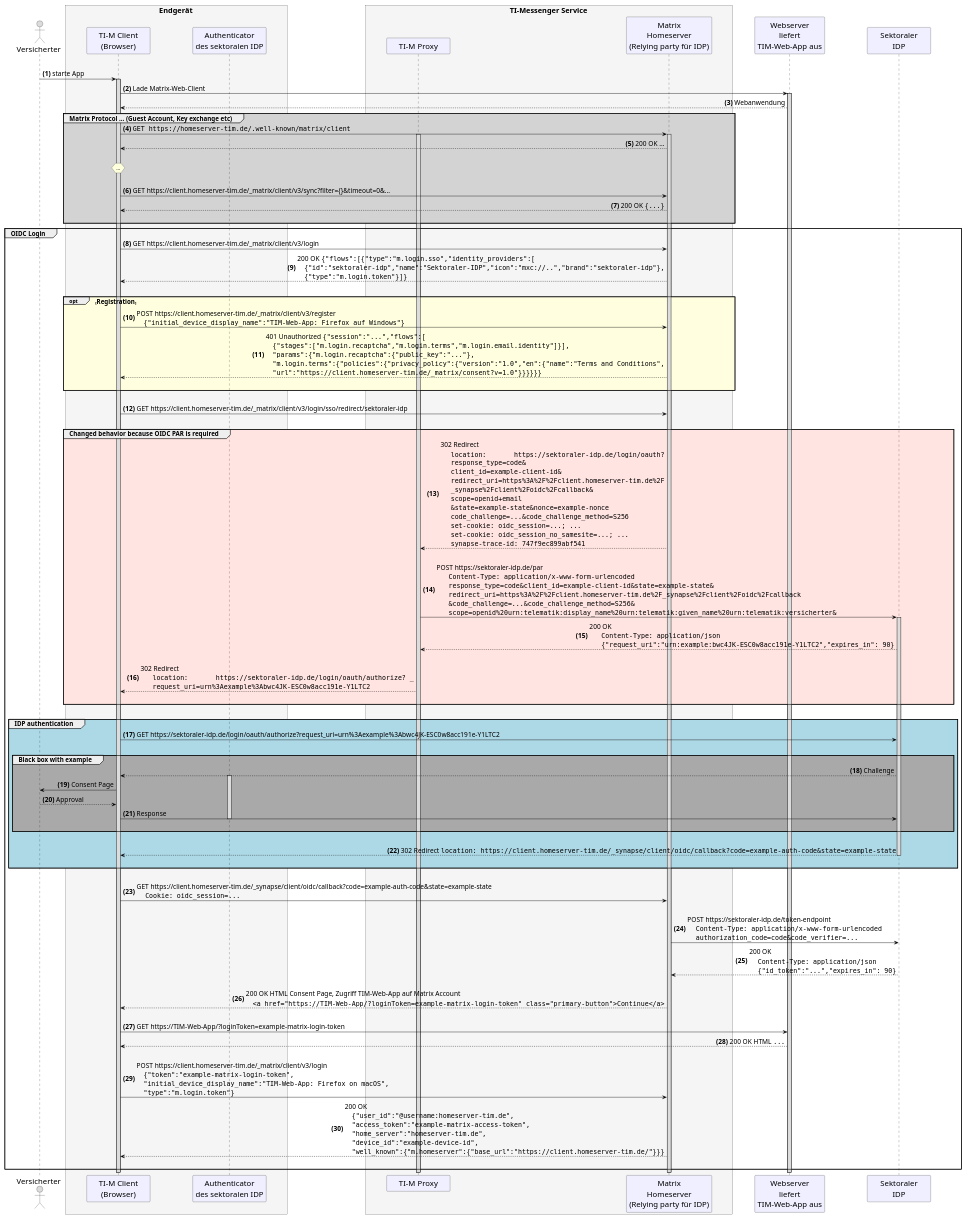
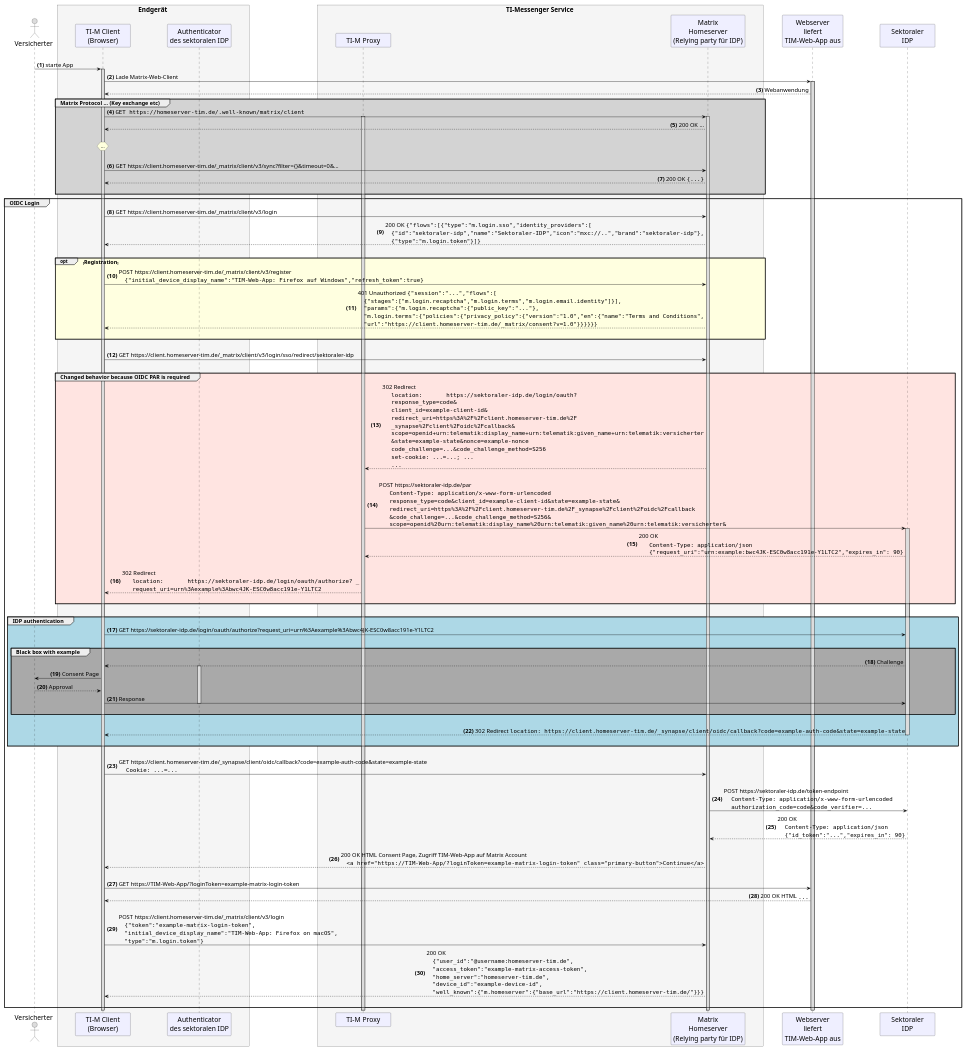
One commit to gematik/api-ti-messenger changed the diagram in src/plantuml/TI-Messenger-Dienst/Ressourcen/TI-Messenger_OIDC_login.puml. Above: the diagram before and after it, drawn with PlantUML.

```diff
--- a/src/plantuml/TI-Messenger-Dienst/Ressourcen/TI-Messenger_OIDC_login.puml
+++ b/src/plantuml/TI-Messenger-Dienst/Ressourcen/TI-Messenger_OIDC_login.puml
@@ -1,159 +1,158 @@
 @startuml "TI-Messenger_OIDC_Login"
 skinparam sequenceMessageAlign direction
 skinparam WrapWidth 300
 skinparam minClassWidth 150
 skinparam BoxPadding 1
 skinparam ParticipantPadding 50
 skinparam sequenceReferenceHeaderBackgroundColor palegreen
 scale max 2048 width
 
 skinparam sequence {
 ArrowColor black
 ArrowFontSize 17
 ActorBorderColor black
 LifeLineBorderColor black
 LifeLineBackgroundColor Gainsboro
 
 ParticipantBorderColor Motivation
 ParticipantBackgroundColor Motivation
 ParticipantFontSize 20
 ParticipantFontColor black
 ParticipantBorderColor Black
 ParticipantBackgroundColor MOTIVATION
 
 ActorBackgroundColor Gainsboro
 ActorFontColor black
 ActorFontSize 20
 }
 
 autonumber "<b>(0)"
 
 actor us as "Versicherter"
 box <size:19>Endgerät</size> #WhiteSmoke
   participant app as "TI-M Client\n(Browser)"
   participant au as "Authenticator\ndes sektoralen IDP"
 end box
 box <size:19>TI-Messenger Service</size> #WhiteSmoke
   participant pr as "TI-M Proxy"
   participant hs as "Matrix\nHomeserver\n(Relying party für IDP)"
 end box
 participant mc as "Webserver\nliefert\nTIM-Web-App aus"
 participant idp as "Sektoraler\nIDP"
 
 |||
 
 us -> app: starte App
 
 activate app
   app -> mc: Lade Matrix-Web-Client
   activate mc
   mc --> app: Webanwendung
-  group #LightGray <size:16>Matrix Protocol ... (Guest Account, Key exchange etc)</size>
+  group #LightGray <size:16>Matrix Protocol ... (Key exchange etc)</size>
     app -> hs:""GET https://homeserver-tim.de/.well-known/matrix/client""
     activate hs
     activate pr
     hs --> app: 200 OK ...
     |||
     hnote over app : ...
     |||
     app -> hs: GET https://client.homeserver-tim.de/_matrix/client/v3/sync?filter={}&timeout=0&...
     hs --> app: 200 OK ""{...}""
     |||
   end 'group
   group <size:16>OIDC Login</size>
     app -> hs: GET https://client.homeserver-tim.de/_matrix/client/v3/login
     hs --> app: 200 OK ""{"flows":[{"type":"m.login.sso","identity_providers":[""\n\
     ""{"id":"sektoraler-idp","name":"Sektoraler-IDP","icon":"mxc://..","brand":"sektoraler-idp"},""\n\
     ""{"type":"m.login.token"}]}""
     |||
     opt #LightYellow <size:16>Registration</size>
     app -> hs: POST https://client.homeserver-tim.de/_matrix/client/v3/register\n\
-    ""{"initial_device_display_name":"TIM-Web-App: Firefox auf Windows"}""
+    ""{"initial_device_display_name":"TIM-Web-App: Firefox auf Windows","refresh_token":true}""
     hs --> app: 401 Unauthorized ""{"session":"...","flows":[""\n\
     ""{"stages":["m.login.recaptcha","m.login.terms","m.login.email.identity"]}],""\n\
     """params":{"m.login.recaptcha":{"public_key":"..."},""\n\
     """m.login.terms":{"policies":{"privacy_policy":{"version":"1.0","en":{"name":"Terms and Conditions",""\n\
     """url":"https://client.homeserver-tim.de/_matrix/consent?v=1.0"}}}}}}""
     |||
     end 'opt
     |||
     app -> hs: GET https://client.homeserver-tim.de/_matrix/client/v3/login/sso/redirect/sektoraler-idp
     |||
     group #MistyRose <size:16>Changed behavior because OIDC PAR is required</size>
       hs --> pr: 302 Redirect\n\
       ""location:	https://sektoraler-idp.de/login/oauth?""\n\
       ""response_type=code&""\n\
       ""client_id=example-client-id&""\n\
       ""redirect_uri=https%3A%2F%2Fclient.homeserver-tim.de%2F""\n\
       ""_synapse%2Fclient%2Foidc%2Fcallback&""\n\
-      ""scope=openid+email""\n\
+      ""scope=openid+urn:telematik:display_name+urn:telematik:given_name+urn:telematik:versicherter""\n\
       ""&state=example-state&nonce=example-nonce""\n\
       ""code_challenge=...&code_challenge_method=S256""\n\
-      ""set-cookie: oidc_session=...; ...""\n\
-      ""set-cookie: oidc_session_no_samesite=...; ...""\n\
-      ""synapse-trace-id: 747f9ec899abf541""
+      ""set-cookie: ...=...; ...""\n\
+      ""...""
       |||
       pr -> idp: POST https://sektoraler-idp.de/par\n\
        ""Content-Type: application/x-www-form-urlencoded""\n\
        ""response_type=code&client_id=example-client-id&state=example-state&""\n\
        ""redirect_uri=https%3A%2F%2Fclient.homeserver-tim.de%2F_synapse%2Fclient%2Foidc%2Fcallback""\n\
        ""&code_challenge=...&code_challenge_method=S256&""\n\
        ""scope=openid%20urn:telematik:display_name%20urn:telematik:given_name%20urn:telematik:versicherter&""
       activate idp
       idp --> pr: 200 OK\n\
        ""Content-Type: application/json""\n\
        ""{"request_uri":"urn:example:bwc4JK-ESC0w8acc191e-Y1LTC2","expires_in": 90}""
       |||
       pr --> app: 302 Redirect\n\
        ""location:	https://sektoraler-idp.de/login/oauth/authorize? _""\n\
        ""request_uri=urn%3Aexample%3Abwc4JK-ESC0w8acc191e-Y1LTC2""
       |||
     end 'group
     |||
     group #LightBlue <size:16>IDP authentication</size>
       app -> idp: GET	https://sektoraler-idp.de/login/oauth/authorize?request_uri=urn%3Aexample%3Abwc4JK-ESC0w8acc191e-Y1LTC2
       |||
       group #DarkGray <size:16>Black box with example</size>
         idp --> app: Challenge
         activate au
         app -> us: Consent Page
         us --> app: Approval
         app -> idp: Response
       deactivate au
       |||
       end 'group
       |||
       idp --> app: 302 Redirect ""location: https://client.homeserver-tim.de/_synapse/client/oidc/callback?code=example-auth-code&state=example-state""
       deactivate idp
       |||
     end 'group
     |||
     app -> hs: GET https://client.homeserver-tim.de/_synapse/client/oidc/callback?code=example-auth-code&state=example-state\n\
-     ""Cookie: oidc_session=...""
+     ""Cookie: ...=...""
     |||
     hs -> idp: POST https://sektoraler-idp.de/token-endpoint\n\
      ""Content-Type: application/x-www-form-urlencoded""\n\
      ""authorization_code=code&code_verifier=...""
     idp --> hs: 200 OK\n\
      ""Content-Type: application/json""\n\
      ""{"id_token":"...","expires_in": 90}""
     |||
     hs --> app: 200 OK HTML Consent Page, Zugriff TIM-Web-App auf Matrix Account\n\
     ""<a href="https://TIM-Web-App/?loginToken=example-matrix-login-token" class="primary-button">Continue</a>""
     |||
     app -> mc: GET https://TIM-Web-App/?loginToken=example-matrix-login-token
     mc --> app: 200 OK HTML ""...""
     |||
     app -> hs: POST https://client.homeserver-tim.de/_matrix/client/v3/login\n\
     ""{"token":"example-matrix-login-token",""\n\
     """initial_device_display_name":"TIM-Web-App: Firefox on macOS",""\n\
     """type":"m.login.token"}""
     hs --> app: 200 OK\n\
     ""{"user_id":"@username:homeserver-tim.de",""\n\
     """access_token":"example-matrix-access-token",""\n\
     """home_server":"homeserver-tim.de",""\n\
     """device_id":"example-device-id",""\n\
     """well_known":{"m.homeserver":{"base_url":"https://client.homeserver-tim.de/"}}}""
     |||
   end 'group
 @enduml
```
